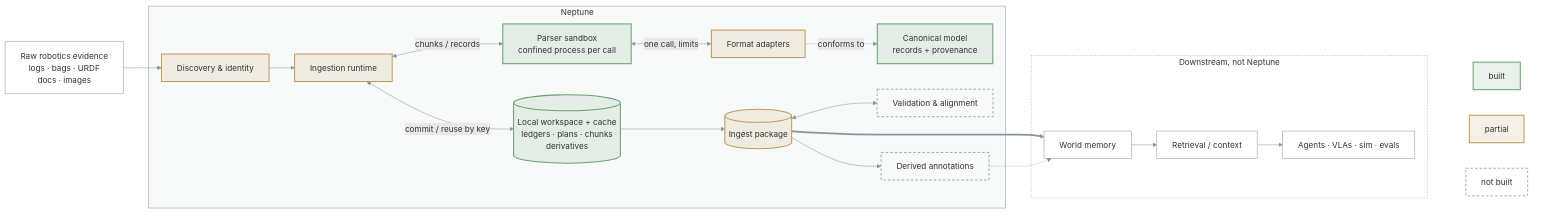
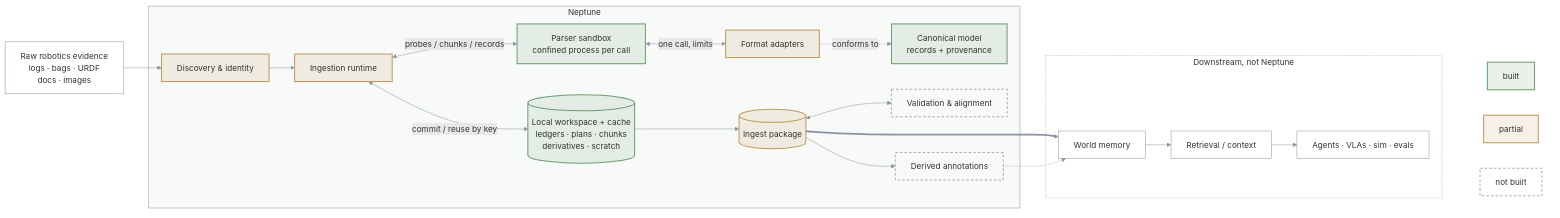
The diagram in ARCHITECTURE.md (bennytay/neptune), drawn with Mermaid before and after one commit. The commit also changed 3 other files, not shown here.

````diff
--- a/ARCHITECTURE.md
+++ b/ARCHITECTURE.md
@@ -3,54 +3,54 @@
 ```mermaid
 flowchart LR
   RAW["Raw robotics evidence<br/>logs · bags · URDF<br/>docs · images"]
 
   subgraph N["Neptune"]
     DISC["Discovery &amp; identity"]
     RT["Ingestion runtime"]
-    WS[("Local workspace + cache<br/>ledgers · plans · chunks<br/>derivatives")]
+    WS[("Local workspace + cache<br/>ledgers · plans · chunks<br/>derivatives · scratch")]
     AD["Format adapters"]
     SB["Parser sandbox<br/>confined process per call"]
     CAN["Canonical model<br/>records + provenance"]
     PKG[("Ingest package")]
     VAL["Validation &amp; alignment"]
     DER["Derived annotations"]
   end
 
   subgraph D["Downstream, not Neptune"]
     MEM["World memory"]
     RET["Retrieval / context"]
     USE["Agents · VLAs · sim · evals"]
   end
 
   RAW --> DISC --> RT
-  RT <-->|chunks / records| SB
+  RT <-->|probes / chunks / records| SB
   SB <-->|one call, limits| AD
   AD -.->|conforms to| CAN
   RT <-->|commit / reuse by key| WS
   WS --> PKG
   PKG <--> VAL
   PKG --> DER
   PKG ==> MEM --> RET --> USE
   DER -.-> MEM
 
   subgraph KEY[" "]
     K1["built"]
     K2["partial"]
     K3["not built"]
   end
   USE ~~~ K1 & K2 & K3
 
   classDef built fill:#6a9f7426,stroke:#6a9f74,stroke-width:2px
   classDef partial fill:#c09a5b26,stroke:#c09a5b,stroke-width:2px
   classDef todo fill:none,stroke:#8b949e,stroke-width:1.5px,stroke-dasharray:5 4
   classDef ext fill:none,stroke:#8b949e,stroke-width:1px
   class CAN,WS,K1 built
   class DISC,RT,AD,PKG,K2 partial
   class VAL,DER,K3 todo
   class SB built
   class RAW,MEM,RET,USE ext
   style N fill:#8b949e0f,stroke:#8b949e
   style D fill:none,stroke:#8b949e,stroke-dasharray:2 3
   style KEY fill:none,stroke:none
   linkStyle default stroke:#8b949e
 ```
````
